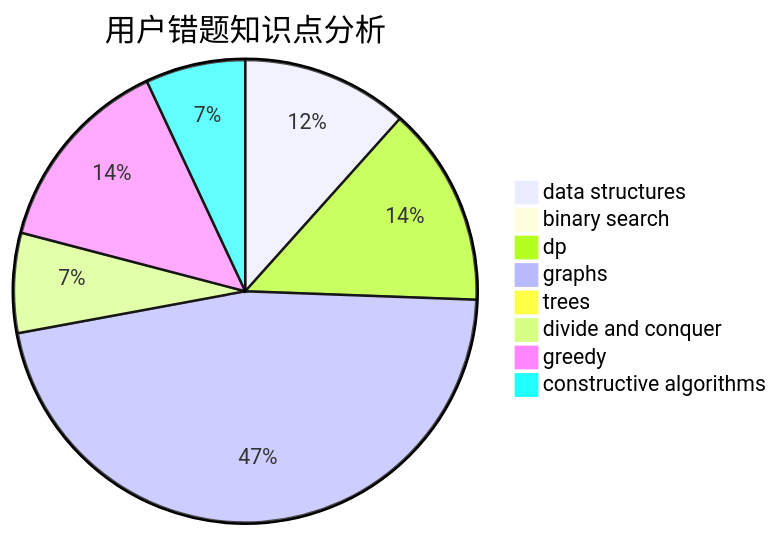
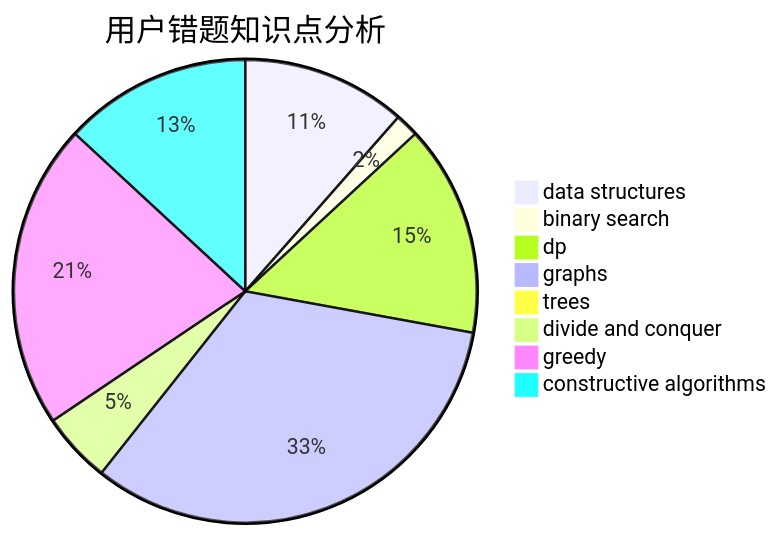
The third of 3 diagrams in docs/user/u2673.md (sherpahu/cfrs.github.io), drawn with Mermaid before and after one commit. The commit also changed other lines of this file and 2770 other files, not shown here.

````diff
--- a/docs/user/u2673.md
+++ b/docs/user/u2673.md
@@ -36,11 +36,11 @@
 ```mermaid
 pie title 用户错题知识点分析
-    "data structures" :  5
-    "binary search" :  0
-    "dp" :  6
+    "data structures" :  7
+    "binary search" :  1
+    "dp" :  9
     "graphs" :  20
     "trees" :  0
     "divide and conquer" :  3
-    "greedy" :  6
-    "constructive algorithms" :  3
+    "greedy" :  13
+    "constructive algorithms" :  8
 ```
````
